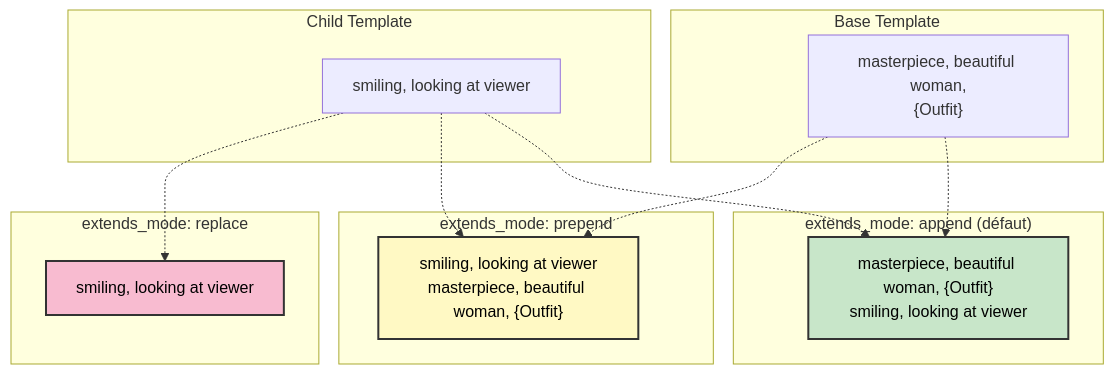
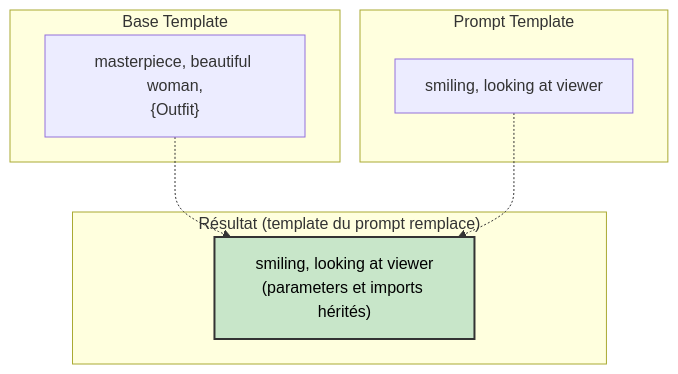
One commit to oinant/local-sd-generator changed the tenth of 14 diagrams in docs/cli/usage/yaml-templating-guide.md. Above: the diagram before and after it, drawn with Mermaid. The commit also changed other lines of this file and 4 other files, not shown here.

````diff
--- a/docs/cli/usage/yaml-templating-guide.md
+++ b/docs/cli/usage/yaml-templating-guide.md
@@ -494,34 +493,19 @@
 ```mermaid
 graph TB
     subgraph "Base Template"
         BT["masterpiece, beautiful woman,<br/>{Outfit}"]
     end
 
-    subgraph "Child Template"
+    subgraph "Prompt Template"
         CT[smiling, looking at viewer]
     end
 
-    subgraph "extends_mode: append (défaut)"
-        A["masterpiece, beautiful woman, {Outfit}<br/>smiling, looking at viewer"]
+    subgraph "Résultat (template du prompt remplace)"
+        R["smiling, looking at viewer<br/>(parameters et imports hérités)"]
     end
 
-    subgraph "extends_mode: prepend"
-        P["smiling, looking at viewer<br/>masterpiece, beautiful woman, {Outfit}"]
-    end
-
-    subgraph "extends_mode: replace"
-        R[smiling, looking at viewer]
-    end
-
-    BT -.-> A
-    CT -.-> A
-
-    BT -.-> P
-    CT -.-> P
-
+    BT -.-> R
     CT -.-> R
 
-    style A fill:#c8e6c9,stroke:#333,stroke-width:2px,color:#000
-    style P fill:#fff9c4,stroke:#333,stroke-width:2px,color:#000
-    style R fill:#f8bbd0,stroke:#333,stroke-width:2px,color:#000
+    style R fill:#c8e6c9,stroke:#333,stroke-width:2px,color:#000
 ```
````
